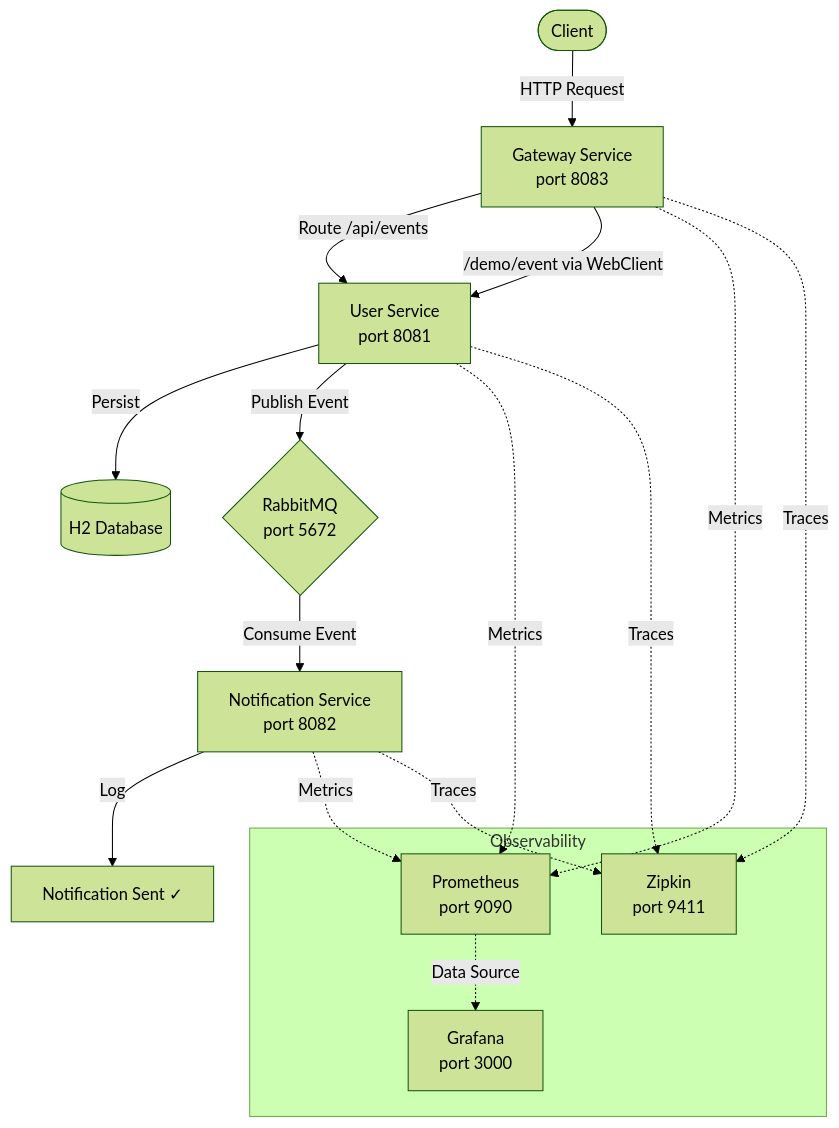
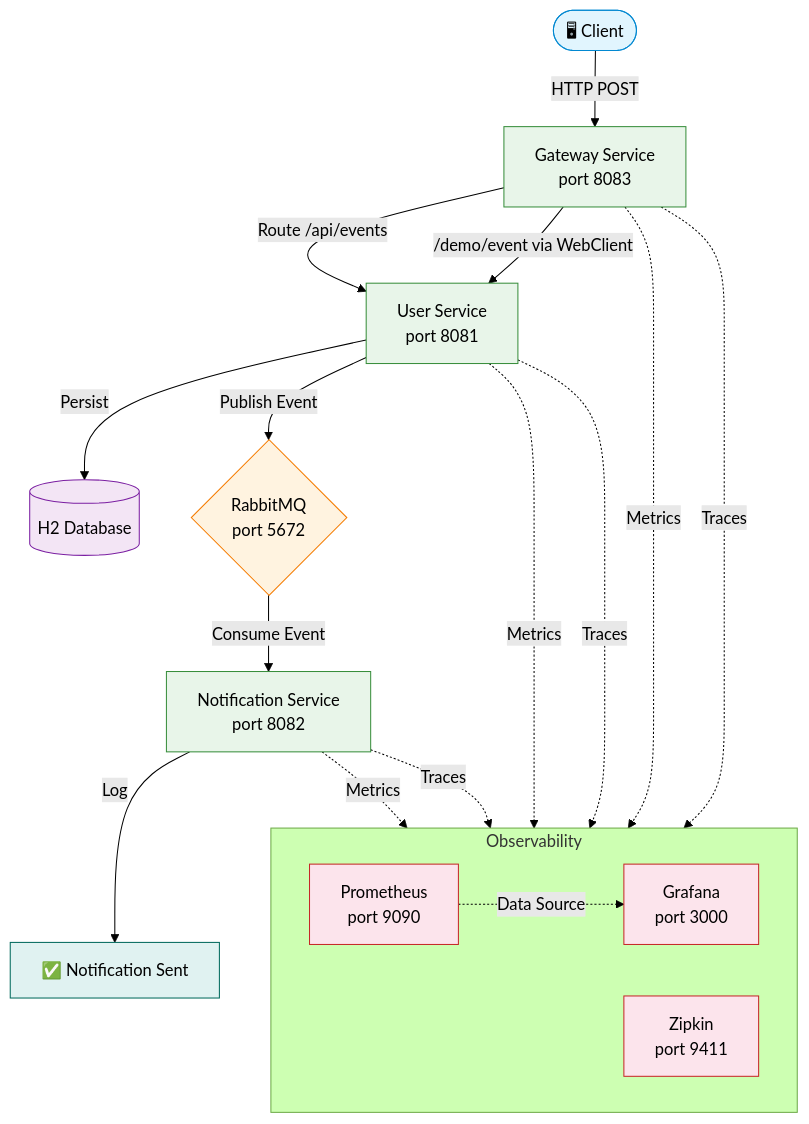
One commit to ayu2202/notifyflow changed the diagram in diagrams/architecture-diagram.md. Above: the diagram before and after it, drawn with Mermaid (forest theme). The commit also changed other lines of this file and 6 other files, not shown here.

````diff
--- a/diagrams/architecture-diagram.md
+++ b/diagrams/architecture-diagram.md
@@ -5,24 +11,35 @@
 ```mermaid
 graph TD
-    Client([Client]) -->|HTTP Request| GW[Gateway Service<br/>port 8083]
-    GW -->|Route /api/events| US[User Service<br/>port 8081]
+    Client([🖥 Client]):::client -->|HTTP POST| GW[Gateway Service<br/>port 8083]:::service
+
+    GW -->|Route /api/events| US[User Service<br/>port 8081]:::service
     GW -->|/demo/event via WebClient| US
-    US -->|Persist| DB[(H2 Database)]
-    US -->|Publish Event| RMQ{RabbitMQ<br/>port 5672}
-    RMQ -->|Consume Event| NS[Notification Service<br/>port 8082]
-    NS -->|Log| LOG[Notification Sent ✓]
+
+    US -->|Persist| DB[(H2 Database)]:::storage
+    US -->|Publish Event| RMQ{RabbitMQ<br/>port 5672}:::broker
+
+    RMQ -->|Consume Event| NS[Notification Service<br/>port 8082]:::service
+    NS -->|Log| LOG[✅ Notification Sent]:::output
 
     subgraph Observability
-        PROM[Prometheus<br/>port 9090]
-        GRAF[Grafana<br/>port 3000]
-        ZIP[Zipkin<br/>port 9411]
+        direction LR
+        PROM[Prometheus<br/>port 9090]:::obs
+        GRAF[Grafana<br/>port 3000]:::obs
+        ZIP[Zipkin<br/>port 9411]:::obs
     end
 
     GW -.->|Metrics| PROM
     US -.->|Metrics| PROM
     NS -.->|Metrics| PROM
     PROM -.->|Data Source| GRAF
     GW -.->|Traces| ZIP
     US -.->|Traces| ZIP
     NS -.->|Traces| ZIP
+
+    classDef client fill:#e1f5fe,stroke:#0288d1
+    classDef service fill:#e8f5e9,stroke:#388e3c
+    classDef broker fill:#fff3e0,stroke:#f57c00
+    classDef storage fill:#f3e5f5,stroke:#7b1fa2
+    classDef obs fill:#fce4ec,stroke:#c62828
+    classDef output fill:#e0f2f1,stroke:#00695c
 ```
````
